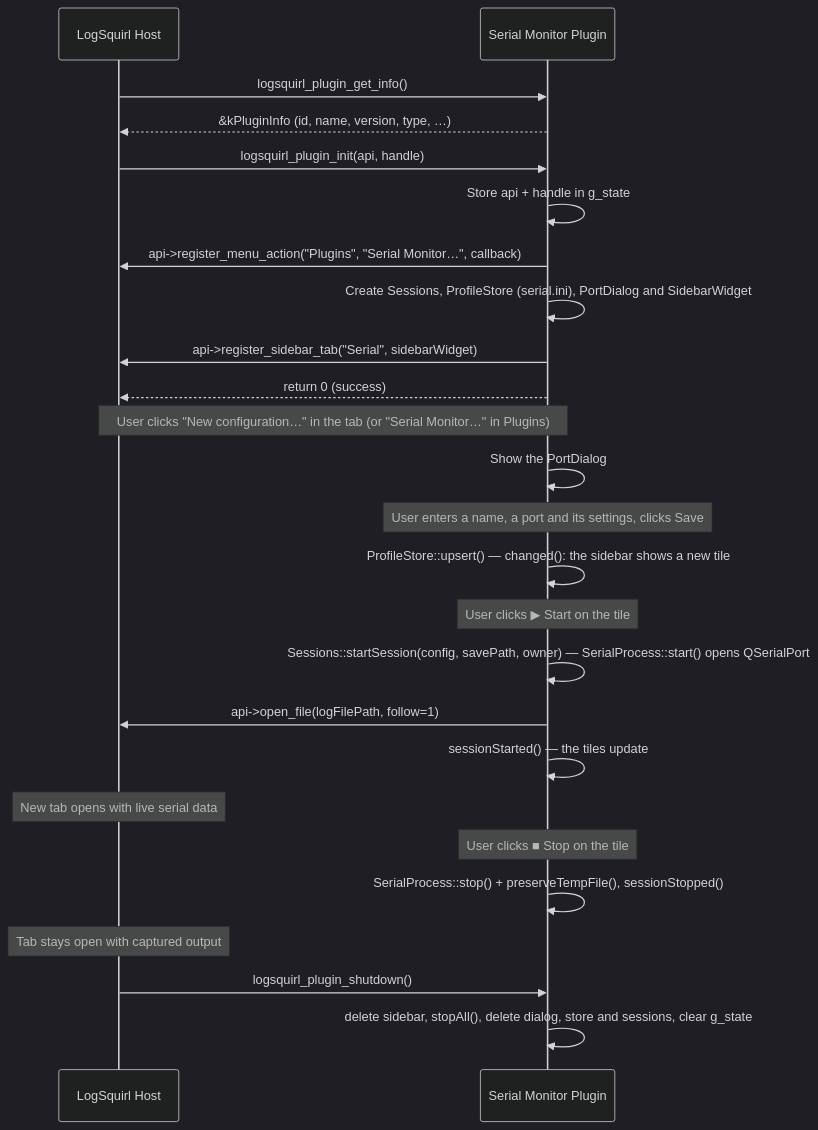
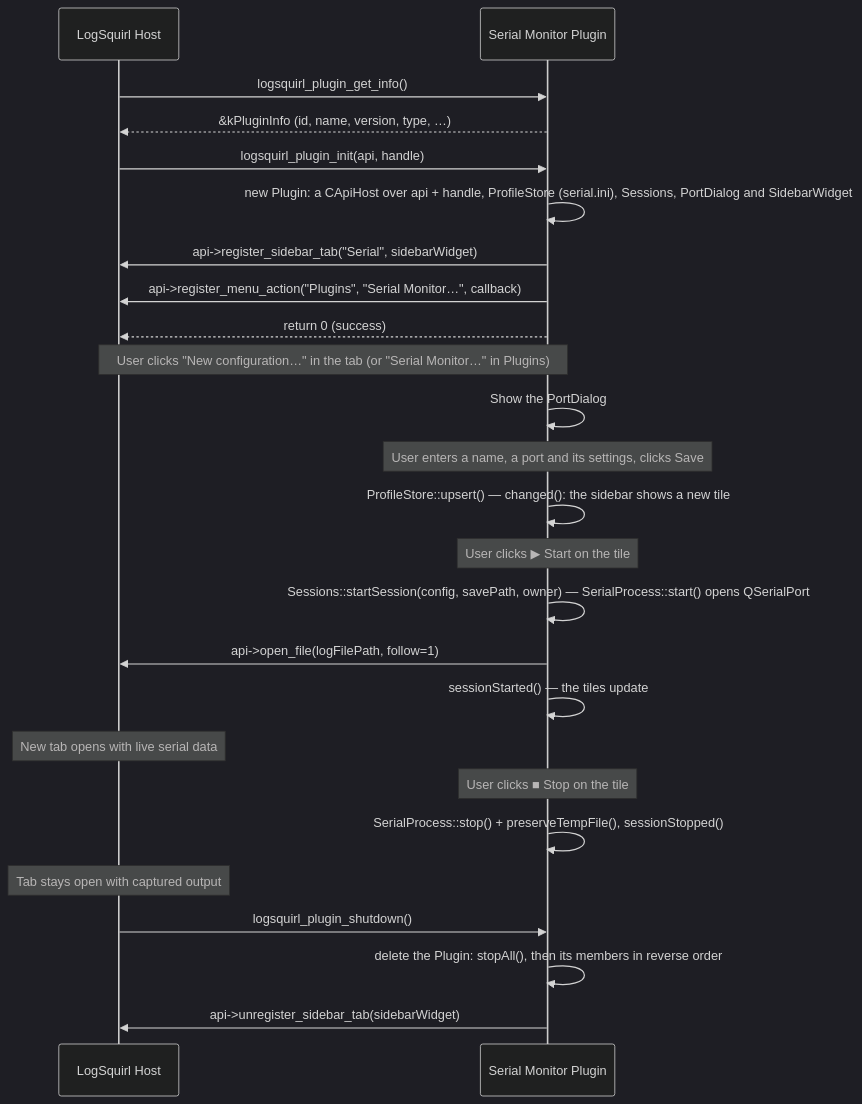
One commit to 64x-lunicorn/LogSquirl-Serial changed the first of 2 diagrams in docs/DEVELOPER_GUIDE.md. Above: the diagram before and after it, drawn with Mermaid (dark theme). The commit also changed other lines of this file and 4 other files, not shown here.

First line of the commit message:
Own the plugin's parts in one plugin instance whose member order sets teardown (#57)

````diff
--- a/docs/DEVELOPER_GUIDE.md
+++ b/docs/DEVELOPER_GUIDE.md
@@ -24,38 +24,38 @@
 ```mermaid
 sequenceDiagram
     participant Host as LogSquirl Host
     participant Plugin as Serial Monitor Plugin
 
     Host->>Plugin: logsquirl_plugin_get_info()
     Plugin-->>Host: &kPluginInfo (id, name, version, type, …)
 
     Host->>Plugin: logsquirl_plugin_init(api, handle)
-    Plugin->>Plugin: Store api + handle in g_state
+    Plugin->>Plugin: new Plugin: a CApiHost over api + handle, ProfileStore (serial.ini), Sessions, PortDialog and SidebarWidget
+    Plugin->>Host: api->register_sidebar_tab("Serial", sidebarWidget)
     Plugin->>Host: api->register_menu_action("Plugins", "Serial Monitor…", callback)
-    Plugin->>Plugin: Create Sessions, ProfileStore (serial.ini), PortDialog and SidebarWidget
-    Plugin->>Host: api->register_sidebar_tab("Serial", sidebarWidget)
     Plugin-->>Host: return 0 (success)
 
     Note over Host,Plugin: User clicks "New configuration…" in the tab (or "Serial Monitor…" in Plugins)
 
     Plugin->>Plugin: Show the PortDialog
     Note over Plugin: User enters a name, a port and its settings, clicks Save
     Plugin->>Plugin: ProfileStore::upsert() — changed(): the sidebar shows a new tile
 
     Note over Plugin: User clicks ▶ Start on the tile
 
     Plugin->>Plugin: Sessions::startSession(config, savePath, owner) — SerialProcess::start() opens QSerialPort
     Plugin->>Host: api->open_file(logFilePath, follow=1)
     Plugin->>Plugin: sessionStarted() — the tiles update
 
     Note over Host: New tab opens with live serial data
 
     Note over Plugin: User clicks ■ Stop on the tile
 
     Plugin->>Plugin: SerialProcess::stop() + preserveTempFile(), sessionStopped()
 
     Note over Host: Tab stays open with captured output
 
     Host->>Plugin: logsquirl_plugin_shutdown()
-    Plugin->>Plugin: delete sidebar, stopAll(), delete dialog, store and sessions, clear g_state
+    Plugin->>Plugin: delete the Plugin: stopAll(), then its members in reverse order
+    Plugin->>Host: api->unregister_sidebar_tab(sidebarWidget)
 ```
````
